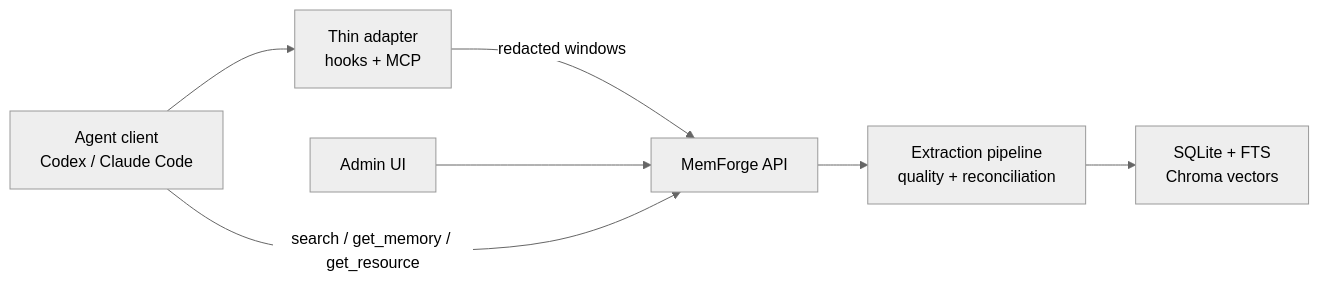
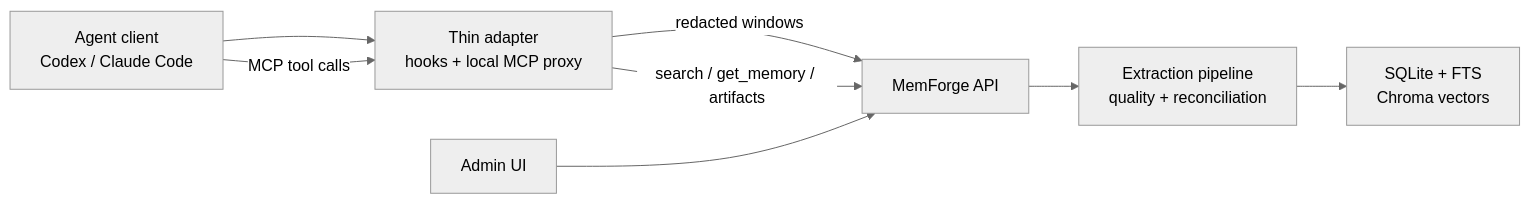
The diagram in README.md (dodo-labs-ai/mem-forge), drawn with Mermaid (neutral theme) before and after one commit. The commit also changed other lines of this file and 20 other files, not shown here.

Commit message:
feat: add plugin-local MCP proxy

````diff
--- a/README.md
+++ b/README.md
@@ -51,16 +52,17 @@
 ```mermaid
 flowchart LR
   Agent["Agent client\nCodex / Claude Code"]
-  Adapter["Thin adapter\nhooks + MCP"]
+  Adapter["Thin adapter\nhooks + local MCP proxy"]
   API["MemForge API"]
   Pipeline["Extraction pipeline\nquality + reconciliation"]
   Store["SQLite + FTS\nChroma vectors"]
   UI["Admin UI"]
 
   Agent --> Adapter
   Adapter -->|"redacted windows"| API
   API --> Pipeline
   Pipeline --> Store
   UI --> API
-  Agent -->|"search / get_memory / get_resource"| API
+  Agent -->|"MCP tool calls"| Adapter
+  Adapter -->|"search / get_memory / artifacts"| API
 ```
````
